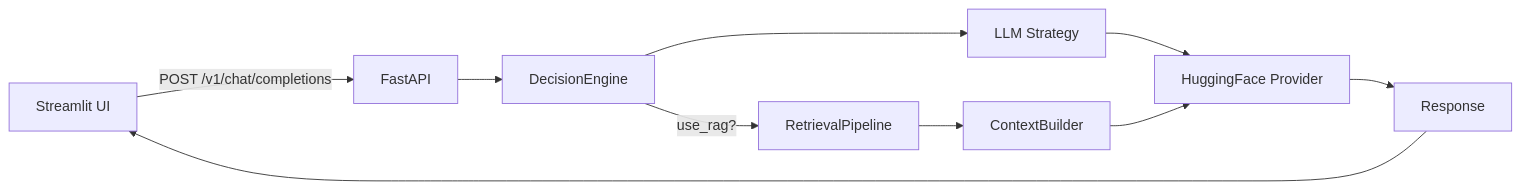
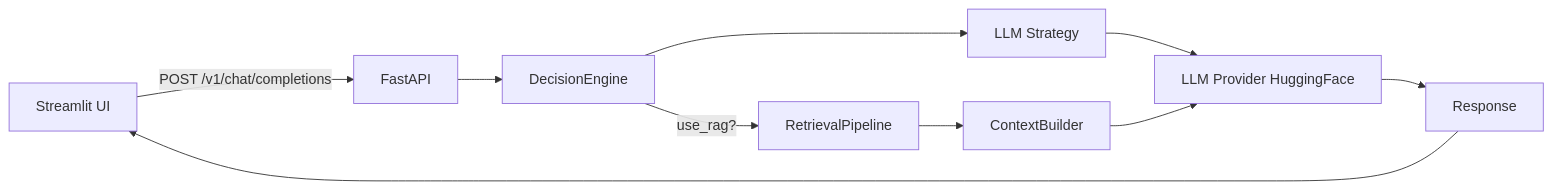
The diagram in README.md (tatashandharu15/fadhel), drawn with Mermaid before and after one commit. The commit also changed other lines of this file and 1 other file, not shown here.

Commit message:
Docs: fix Mermaid diagrams; Chore: set Qwen default in Dockerfile

````diff
--- a/README.md
+++ b/README.md
@@ -10,12 +10,12 @@
 ```mermaid
-flowchart LR
-    UI[Streamlit UI] -->|POST /v1/chat/completions| API[FastAPI]
-    API --> DECISION[DecisionEngine]
-    DECISION -->|use_rag?| RAG[RetrievalPipeline]
-    RAG --> CTX[ContextBuilder]
-    DECISION --> STRAT[LLM Strategy]
-    STRAT --> LLM[HuggingFace Provider]
-    CTX --> LLM
-    LLM --> RESP[Response]
-    RESP --> UI
+graph LR;
+    UI[Streamlit UI] -->|POST /v1/chat/completions| API[FastAPI];
+    API --> DECISION[DecisionEngine];
+    DECISION -->|use_rag?| RAG[RetrievalPipeline];
+    RAG --> CTX[ContextBuilder];
+    DECISION --> STRAT[LLM Strategy];
+    STRAT --> LLM[LLM Provider HuggingFace];
+    CTX --> LLM;
+    LLM --> RESP[Response];
+    RESP --> UI;
 ```
````
